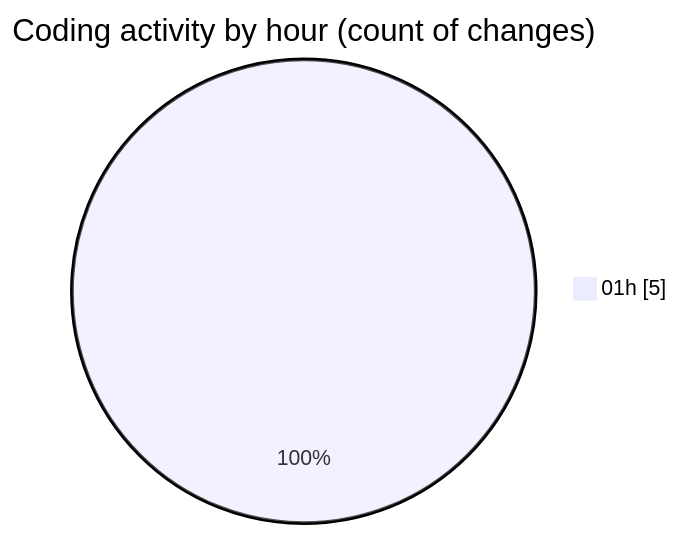
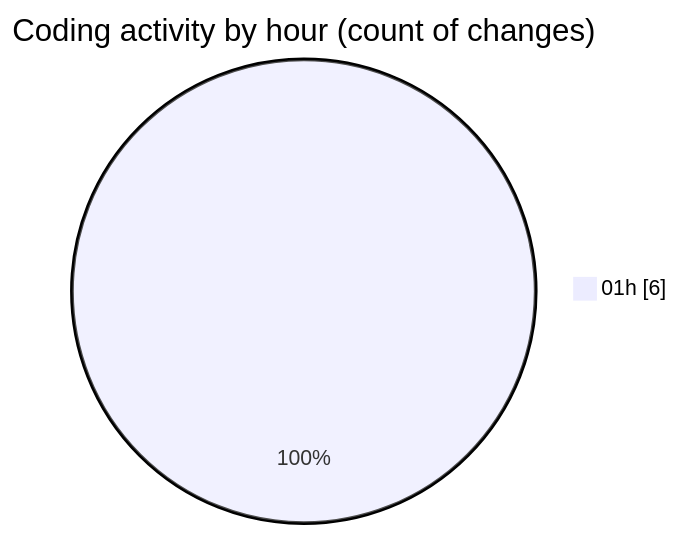
The second of 2 diagrams in 2026-11-06/taskforge/README.md (hasnaa123/code-tracking), drawn with Mermaid before and after one commit. The commit also changed other lines of this file and 1 other file, not shown here.

````diff
--- a/2026-11-06/taskforge/README.md
+++ b/2026-11-06/taskforge/README.md
@@ -30,5 +31,5 @@
 ```mermaid
 pie showData
 title Coding activity by hour (count of changes)
-"01h" : 5
+"01h" : 6
 ```
````
